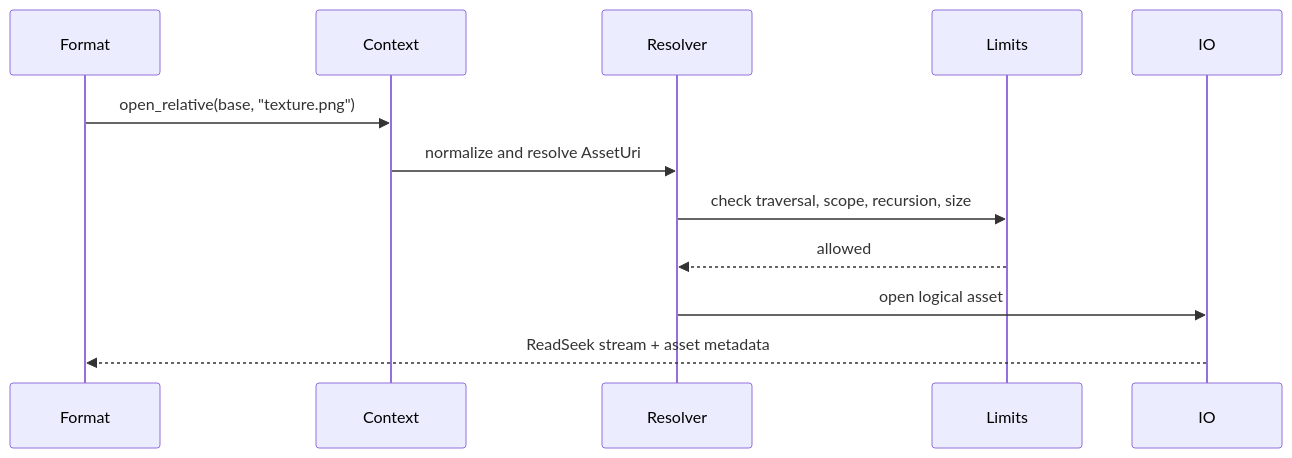
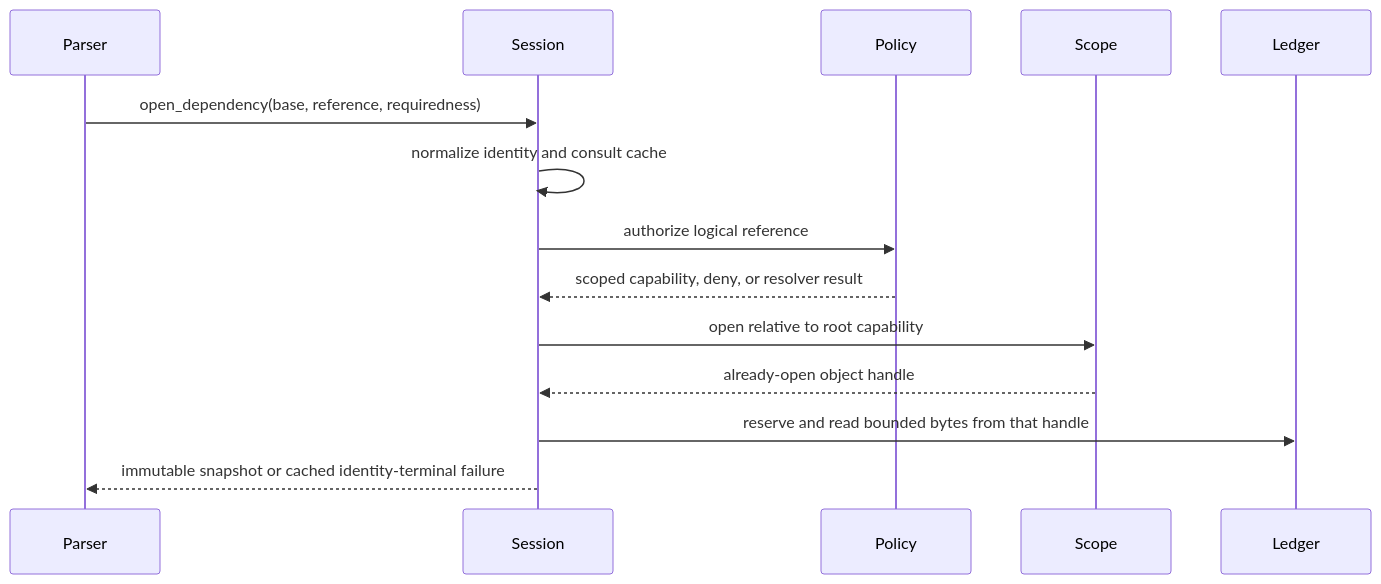
One commit to Latias94/baozi changed the second of 2 diagrams in docs/adr/0010-asset-io-virtual-filesystem-uri-archive-and-path-security.md. Above: the diagram before and after it, drawn with Mermaid. The commit also changed other lines of this file and 86 other files, not shown here.

First line of the commit message:
feat(architecture): establish canonical contract authority

````diff
--- a/docs/adr/0010-asset-io-virtual-filesystem-uri-archive-and-path-security.md
+++ b/docs/adr/0010-asset-io-virtual-filesystem-uri-archive-and-path-security.md
@@ -65,15 +95,17 @@
 ```mermaid
 sequenceDiagram
-    participant Format
-    participant Context
-    participant Resolver
-    participant Limits
-    participant IO
+    participant Parser
+    participant Session
+    participant Policy
+    participant Scope
+    participant Ledger
 
-    Format->>Context: open_relative(base, "texture.png")
-    Context->>Resolver: normalize and resolve AssetUri
-    Resolver->>Limits: check traversal, scope, recursion, size
-    Limits-->>Resolver: allowed
-    Resolver->>IO: open logical asset
-    IO-->>Format: ReadSeek stream + asset metadata
+    Parser->>Session: open_dependency(base, reference, requiredness)
+    Session->>Session: normalize identity and consult cache
+    Session->>Policy: authorize logical reference
+    Policy-->>Session: scoped capability, deny, or resolver result
+    Session->>Scope: open relative to root capability
+    Scope-->>Session: already-open object handle
+    Session->>Ledger: reserve and read bounded bytes from that handle
+    Session-->>Parser: immutable snapshot or cached identity-terminal failure
 ```
````
